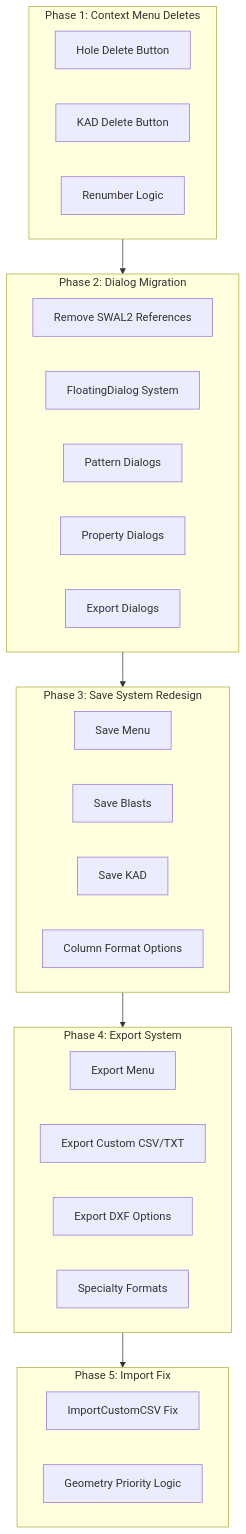
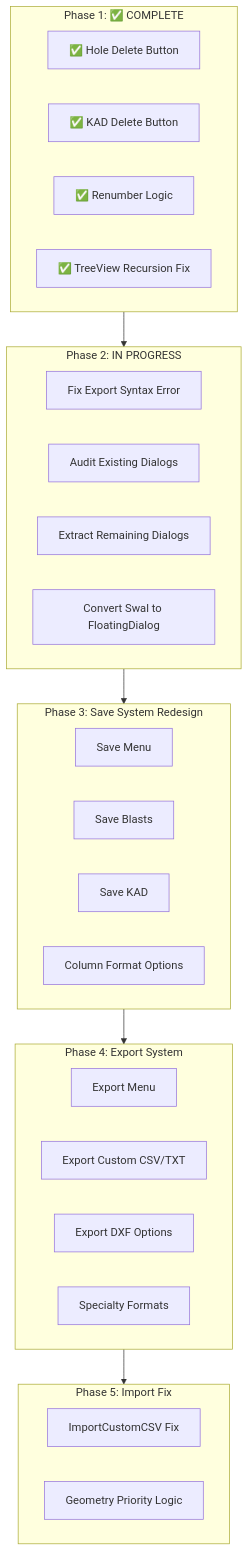
Before and after one commit to brentbuffham/Kirra2D: the diagram in src/aiPlans/20251220-1430-Kirra2D_Modernization_SaveExport_Plan.md, drawn with Mermaid. The commit also changed other lines of this file and 16 other files, not shown here.

````diff
--- a/src/aiPlans/20251220-1430-Kirra2D_Modernization_SaveExport_Plan.md
+++ b/src/aiPlans/20251220-1430-Kirra2D_Modernization_SaveExport_Plan.md
@@ -11,40 +37,40 @@
 ```mermaid
 graph TB
-    subgraph Phase1 [Phase 1: Context Menu Deletes]
-        HoleDelete[Hole Delete Button]
-        KADDelete[KAD Delete Button]
-        RenumberLogic[Renumber Logic]
+    subgraph Phase1 [Phase 1: ✅ COMPLETE]
+        HoleDelete[✅ Hole Delete Button]
+        KADDelete[✅ KAD Delete Button]
+        RenumberLogic[✅ Renumber Logic]
+        TreeViewFix[✅ TreeView Recursion Fix]
     end
     
-    subgraph Phase2 [Phase 2: Dialog Migration]
-        SwalRemoval[Remove SWAL2 References]
-        FloatingDialog[FloatingDialog System]
-        PatternDialogs[Pattern Dialogs]
-        PropertyDialogs[Property Dialogs]
-        ExportDialogs[Export Dialogs]
+    subgraph Phase2 [Phase 2: IN PROGRESS]
+        ExportSyntax[Fix Export Syntax Error]
+        ExistingCheck[Audit Existing Dialogs]
+        ExtractRemaining[Extract Remaining Dialogs]
+        ConvertSwal[Convert Swal to FloatingDialog]
     end
     
     subgraph Phase3 [Phase 3: Save System Redesign]
         SaveMenu[Save Menu]
         SaveBlasts[Save Blasts]
         SaveKAD[Save KAD]
         ColumnOptions[Column Format Options]
     end
     
     subgraph Phase4 [Phase 4: Export System]
         ExportMenu[Export Menu]
         ExportCSV[Export Custom CSV/TXT]
         ExportDXF[Export DXF Options]
         ExportSpecialty[Specialty Formats]
     end
     
     subgraph Phase5 [Phase 5: Import Fix]
         ImportFix[ImportCustomCSV Fix]
         GeometryPriority[Geometry Priority Logic]
     end
     
     Phase1 --> Phase2
     Phase2 --> Phase3
     Phase3 --> Phase4
     Phase4 --> Phase5
 ```
````
